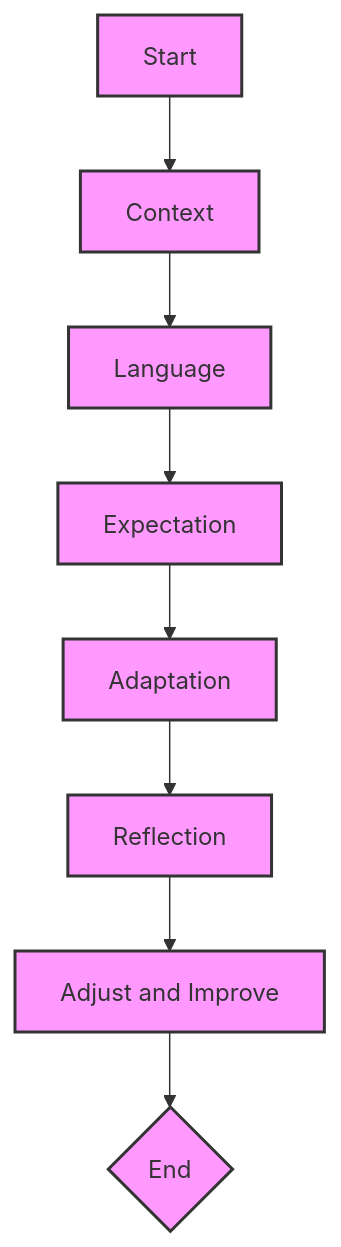
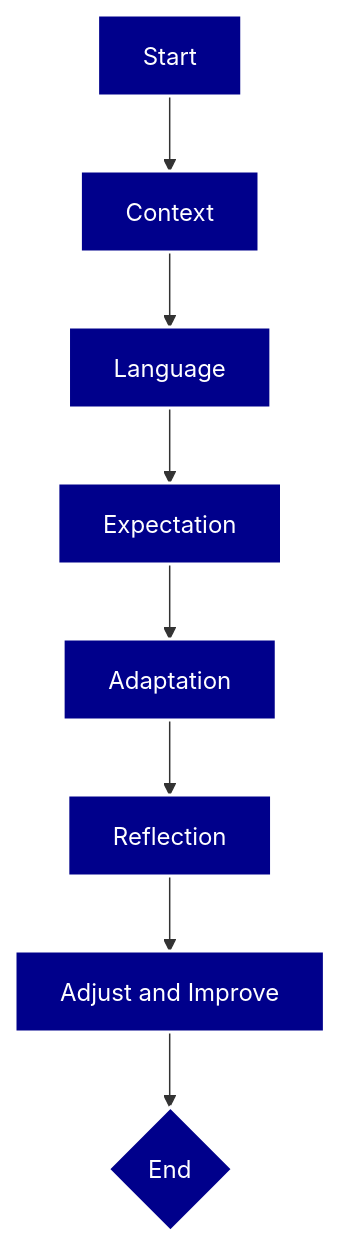
One commit to MrQuality/prompt-engineering changed the diagram in frameworks/clear.md. Above: the diagram before and after it, drawn with Mermaid. The commit also changed other lines of this file, not shown here.

Commit message:
update the clear framework

````diff
--- a/frameworks/clear.md
+++ b/frameworks/clear.md
@@ -51,13 +79,13 @@
 ```mermaid
 graph TD;
     A[Start] --> B[Context];
     B --> C[Language];
     C --> D[Expectation];
     D --> E[Adaptation];
     E --> F[Reflection];
     F --> G[Adjust and Improve];
     G --> H{End};
 
-    classDef framework fill:#f9f,stroke:#333,stroke-width:2px;
+    classDef framework fill:#00008B,stroke:#fff,stroke-width:2px,color:#fff;
     class A,B,C,D,E,F,G,H framework;
 ```
````
